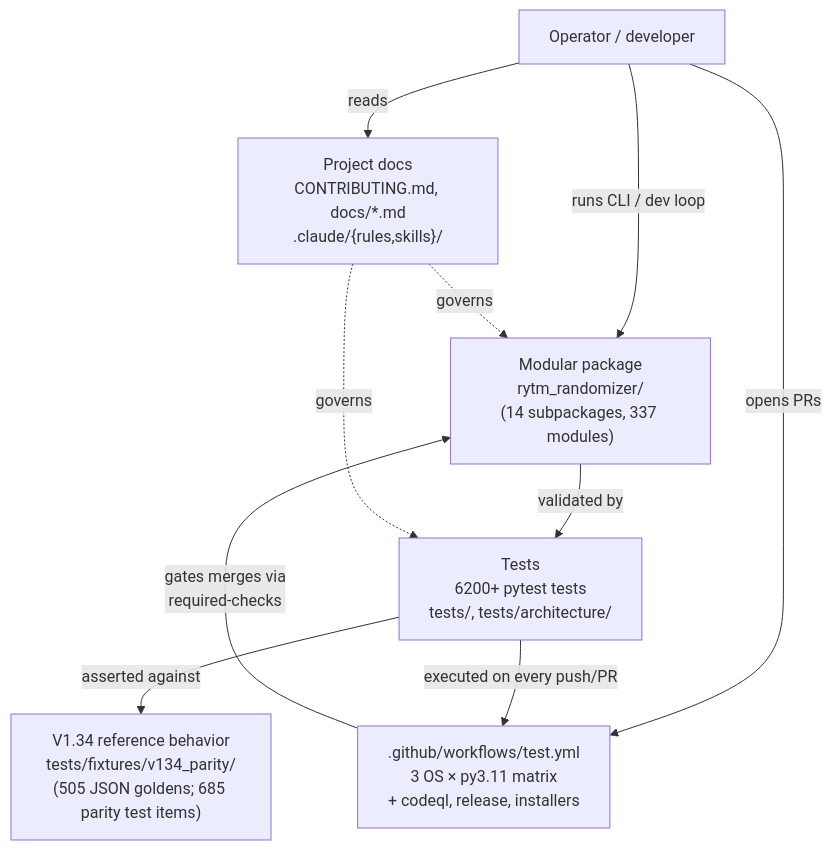
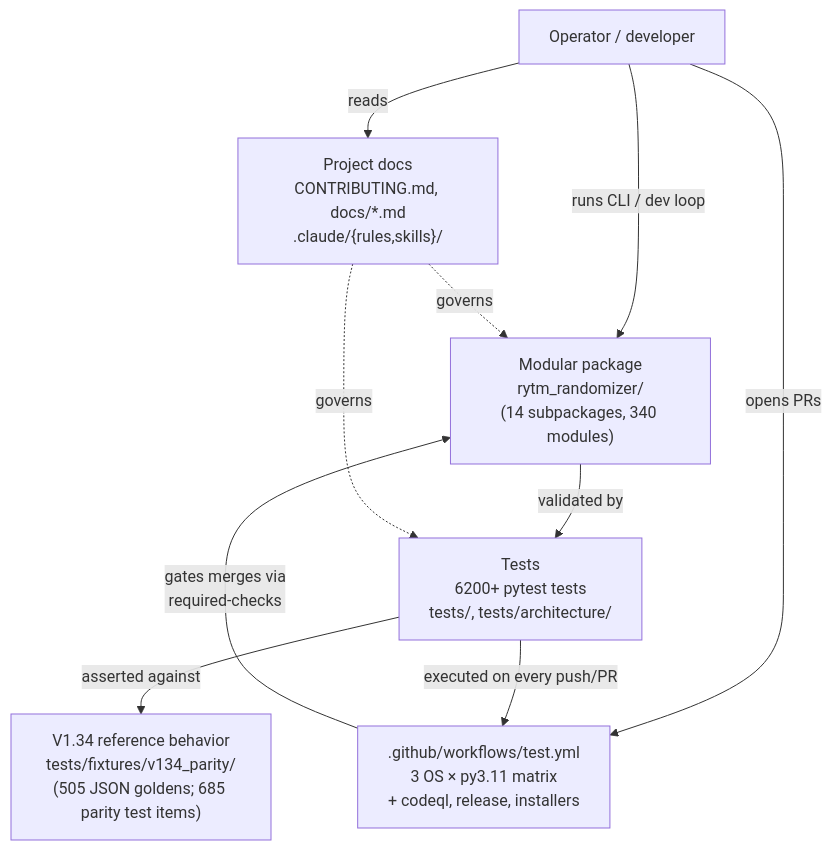
Before and after one commit to buzzijose-hub/RytmRandomizer: the first of 34 diagrams in docs/ARCHITECTURE_DIAGRAMS.md, drawn with Mermaid. The commit also changed other lines of this file and 14 other files, not shown here.

````diff
--- a/docs/ARCHITECTURE_DIAGRAMS.md
+++ b/docs/ARCHITECTURE_DIAGRAMS.md
@@ -50,22 +50,22 @@
 ```mermaid
 flowchart TB
     User["Operator / developer"]
     V134["V1.34 reference behavior<br/>tests/fixtures/v134_parity/<br/>(505 JSON goldens; 685 parity test items)"]
-    Package["Modular package<br/>rytm_randomizer/<br/>(14 subpackages, 337 modules)"]
+    Package["Modular package<br/>rytm_randomizer/<br/>(14 subpackages, 340 modules)"]
     Tests["Tests<br/>6200+ pytest tests<br/>tests/, tests/architecture/"]
     CI[".github/workflows/test.yml<br/>3 OS × py3.11 matrix<br/>+ codeql, release, installers"]
     Docs["Project docs<br/>CONTRIBUTING.md, docs/*.md<br/>.claude/{rules,skills}/"]
 
     User -->|"runs CLI / dev loop"| Package
     User -->|"opens PRs"| CI
     User -->|"reads"| Docs
 
     Package -->|"validated by"| Tests
     Tests -->|"asserted against"| V134
     Tests -->|"executed on every push/PR"| CI
 
     CI -->|"gates merges via<br/>required-checks"| Package
 
     Docs -.->|"governs"| Package
     Docs -.->|"governs"| Tests
 ```
````
